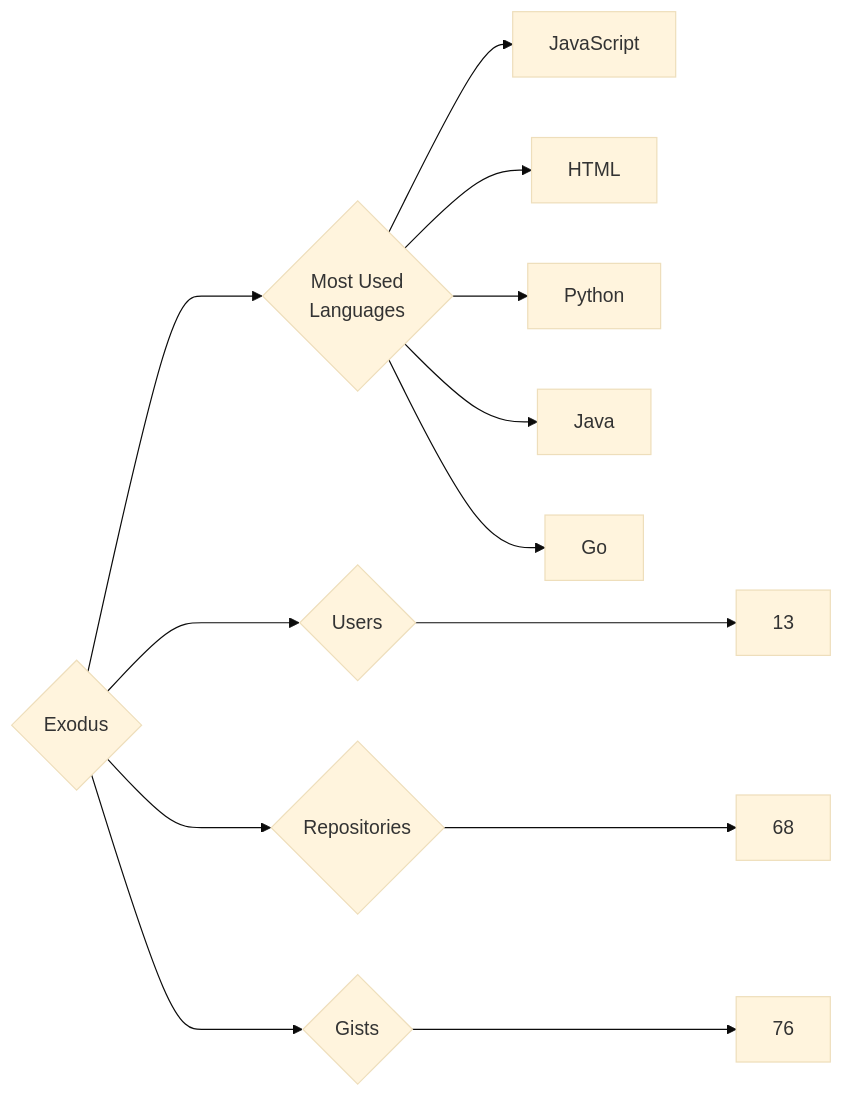
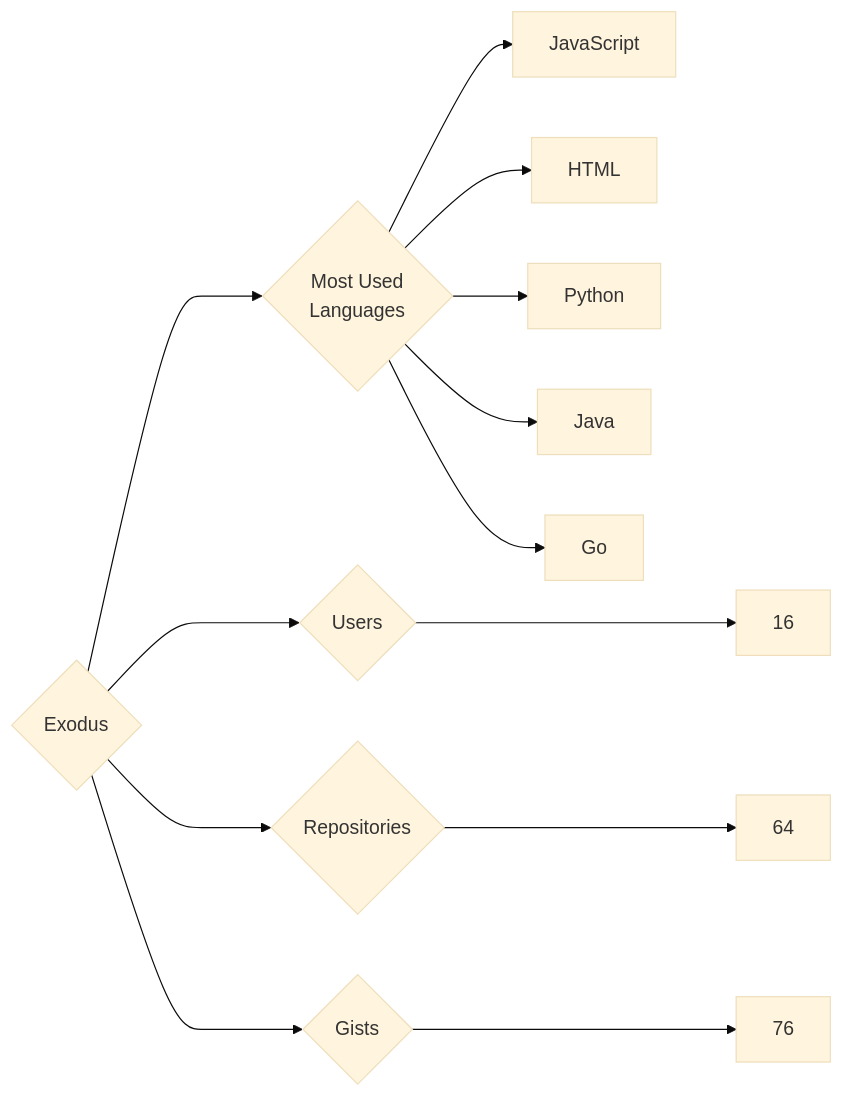
One commit to trickest/insiders changed the diagram in targets/Exodus/README.md. Above: the diagram before and after it, drawn with Mermaid (base theme). The commit also changed 891 other files, not shown here.

````diff
--- a/targets/Exodus/README.md
+++ b/targets/Exodus/README.md
@@ -3,13 +3,13 @@
 ```mermaid
 graph LR
 COMPANY_NAME{Exodus}
-COMPANY_NAME ---> U{Users} ---> UN[13]
-COMPANY_NAME ---> R{Repositories} ---> RN[68]
+COMPANY_NAME ---> U{Users} ---> UN[16]
+COMPANY_NAME ---> R{Repositories} ---> RN[64]
 COMPANY_NAME ---> G{Gists} ---> GN[76]
 COMPANY_NAME ---> ML{Most Used<br>Languages}
 ML --> JavaScript[JavaScript]
 ML --> HTML[HTML]
 ML --> Python[Python]
 ML --> Java[Java]
 ML --> Go[Go]
 ```
````
